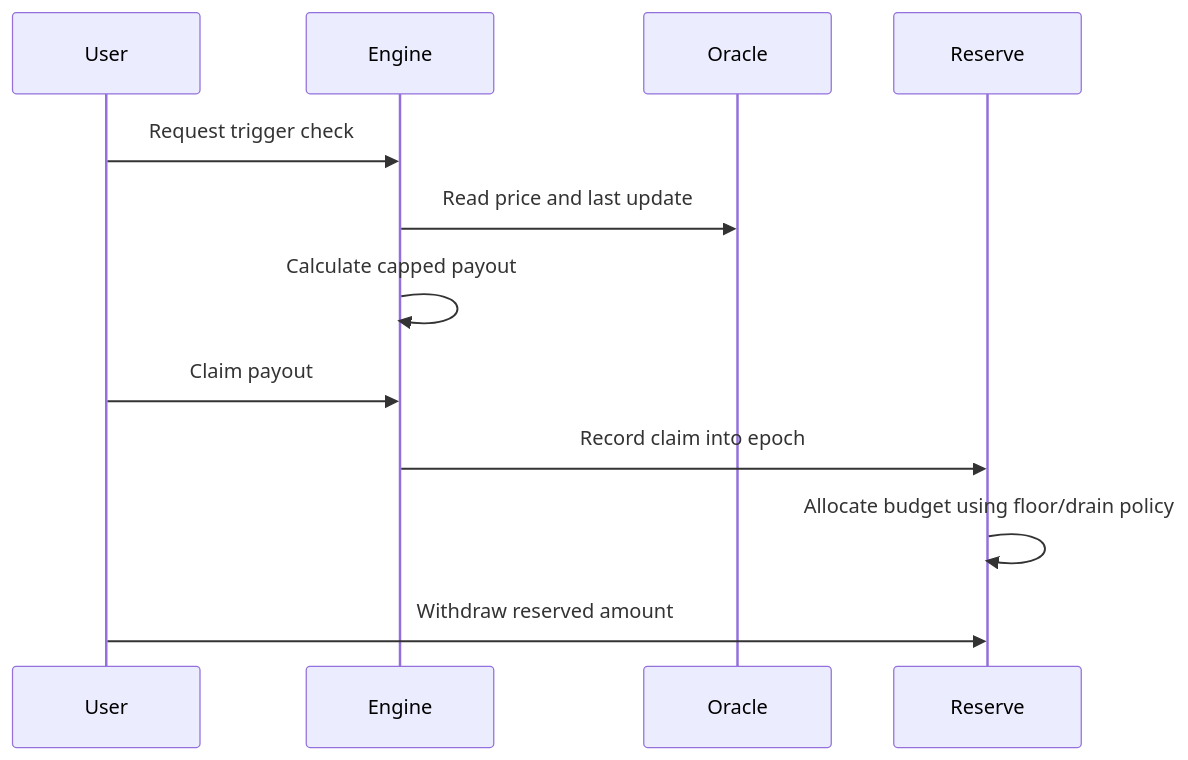
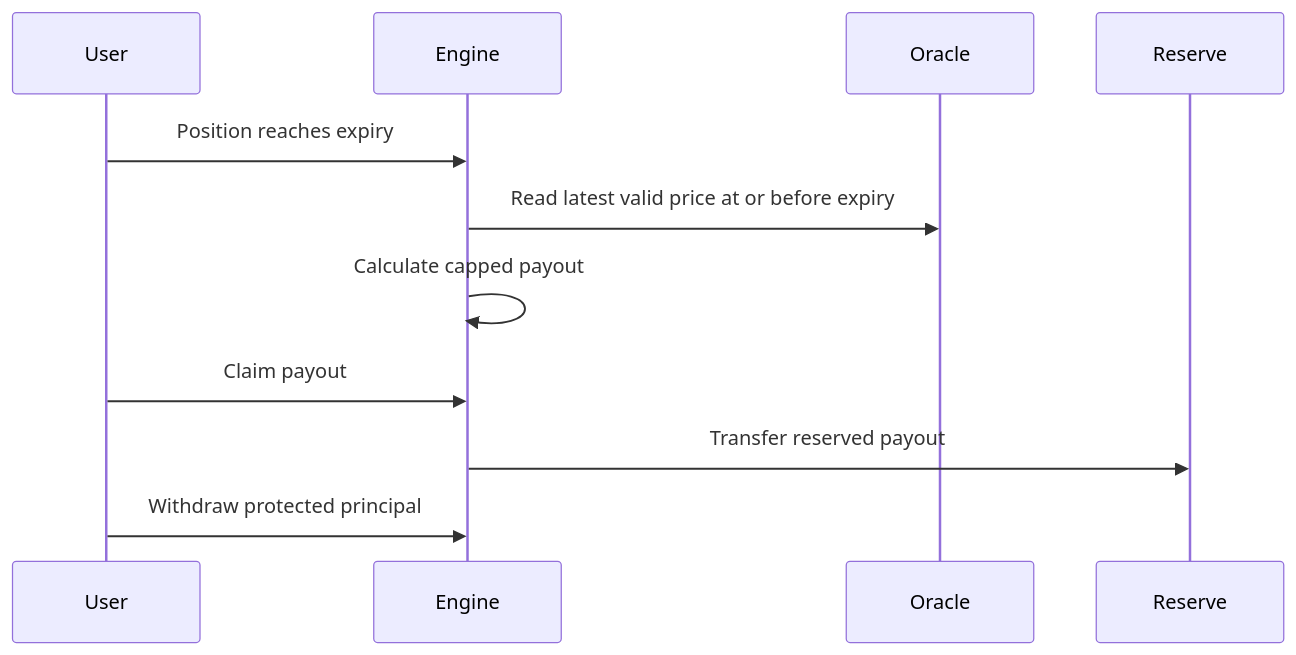
Before and after one commit to CoverFI-space/coverfi-docs: the second of 2 diagrams in economics.md, drawn with Mermaid. The commit also changed other lines of this file and 28 other files, not shown here.

First line of the commit message:
Add technical architecture page and sync docs with current workspace

````diff
--- a/economics.md
+++ b/economics.md
@@ -73,15 +74,14 @@
 ```mermaid
 sequenceDiagram
   participant U as User
   participant E as Engine
   participant O as Oracle
   participant R as Reserve
 
-  U->>E: Request trigger check
-  E->>O: Read price and last update
+  U->>E: Position reaches expiry
+  E->>O: Read latest valid price at or before expiry
   E->>E: Calculate capped payout
   U->>E: Claim payout
-  E->>R: Record claim into epoch
-  R->>R: Allocate budget using floor/drain policy
-  U->>R: Withdraw reserved amount
+  E->>R: Transfer reserved payout
+  U->>E: Withdraw protected principal
 ```
````
